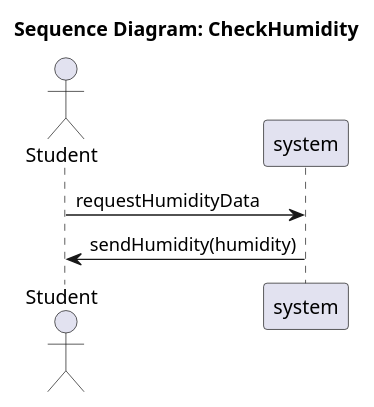
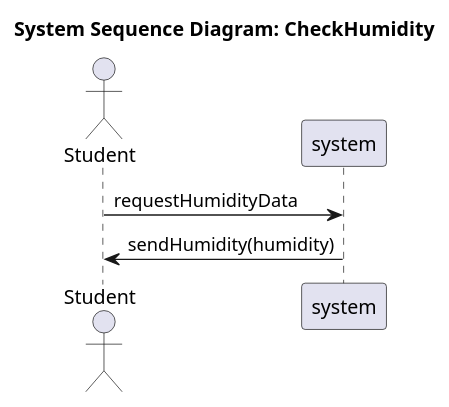
One commit to SEP4Real/SEP4 changed the diagram in Documentation/Analysis/ssds/StudyHelper_CheckHumidity.ssd.puml. Above: the diagram before and after it, drawn with PlantUML. The commit also changed 26 other files, not shown here.

Commit message:
[Fix] Old diagram fixes

```diff
--- a/Documentation/Analysis/ssds/StudyHelper_CheckHumidity.ssd.puml
+++ b/Documentation/Analysis/ssds/StudyHelper_CheckHumidity.ssd.puml
@@ -1,8 +1,8 @@
 @startuml
-title Sequence Diagram: CheckHumidity
+title System Sequence Diagram: CheckHumidity
 actor "Student" as Actor
 participant "system" as System
 
 Actor -> System : requestHumidityData
 System -> Actor : sendHumidity(humidity)
 @enduml
```
